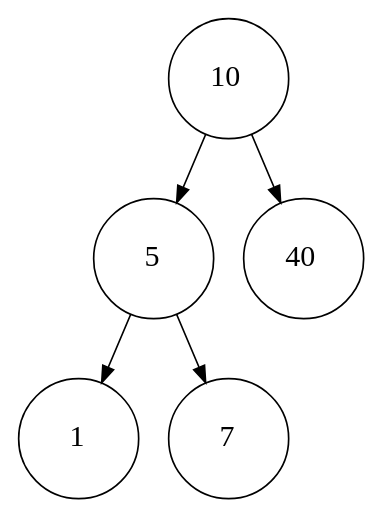
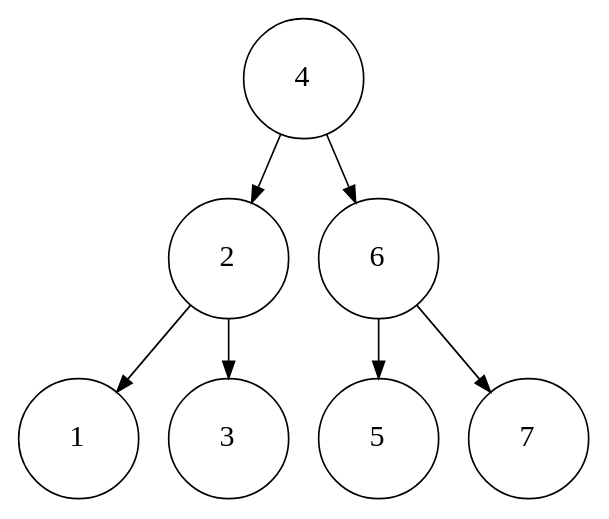
Before and after one commit to mustafasencer/AlgorithmDataStructureWithGraphviz: the diagram in data_structures/binary_search_tree/build/Digraph.gv, drawn with Graphviz. The commit also changed 21 other files, not shown here.

```diff
--- a/data_structures/binary_search_tree/build/Digraph.gv
+++ b/data_structures/binary_search_tree/build/Digraph.gv
@@ -1,12 +1,16 @@
 digraph {
-	name=Tree rankdir=TB
-	1 [label=<<FONT POINT-SIZE="18" FACE="ubuntu">10</FONT><BR ALIGN="CENTER"/>> height=1 shape=circle width=1]
+	name="" rankdir=TB
+	1 [label=<<FONT POINT-SIZE="18" FACE="ubuntu">4</FONT><BR ALIGN="CENTER"/>> height=1 shape=circle width=1]
+	2 [label=<<FONT POINT-SIZE="18" FACE="ubuntu">2</FONT><BR ALIGN="CENTER"/>> height=1 shape=circle width=1]
+	3 [label=<<FONT POINT-SIZE="18" FACE="ubuntu">6</FONT><BR ALIGN="CENTER"/>> height=1 shape=circle width=1]
+	4 [label=<<FONT POINT-SIZE="18" FACE="ubuntu">1</FONT><BR ALIGN="CENTER"/>> height=1 shape=circle width=1]
+	5 [label=<<FONT POINT-SIZE="18" FACE="ubuntu">3</FONT><BR ALIGN="CENTER"/>> height=1 shape=circle width=1]
+	6 [label=<<FONT POINT-SIZE="18" FACE="ubuntu">5</FONT><BR ALIGN="CENTER"/>> height=1 shape=circle width=1]
+	7 [label=<<FONT POINT-SIZE="18" FACE="ubuntu">7</FONT><BR ALIGN="CENTER"/>> height=1 shape=circle width=1]
 	1 -> 2
 	1 -> 3
-	2 [label=<<FONT POINT-SIZE="18" FACE="ubuntu">5</FONT><BR ALIGN="CENTER"/>> height=1 shape=circle width=1]
 	2 -> 4
 	2 -> 5
-	4 [label=<<FONT POINT-SIZE="18" FACE="ubuntu">1</FONT><BR ALIGN="CENTER"/>> height=1 shape=circle width=1]
-	5 [label=<<FONT POINT-SIZE="18" FACE="ubuntu">7</FONT><BR ALIGN="CENTER"/>> height=1 shape=circle width=1]
-	3 [label=<<FONT POINT-SIZE="18" FACE="ubuntu">40</FONT><BR ALIGN="CENTER"/>> height=1 shape=circle width=1]
+	3 -> 6
+	3 -> 7
 }
```
